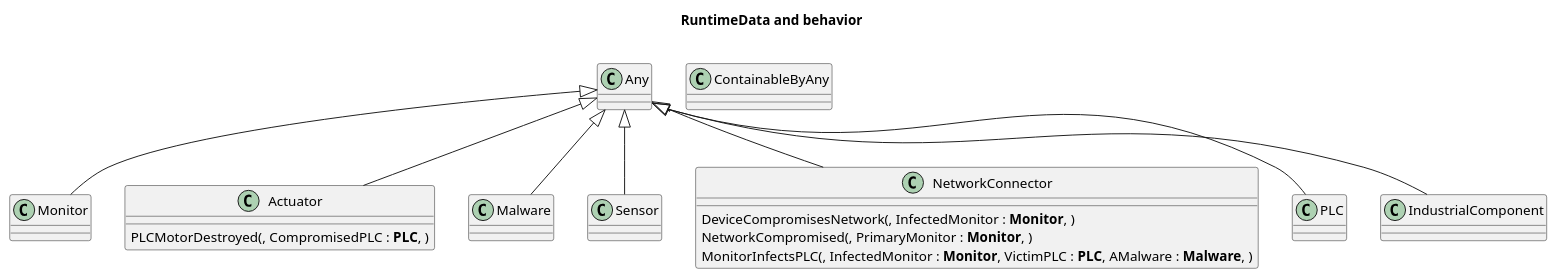
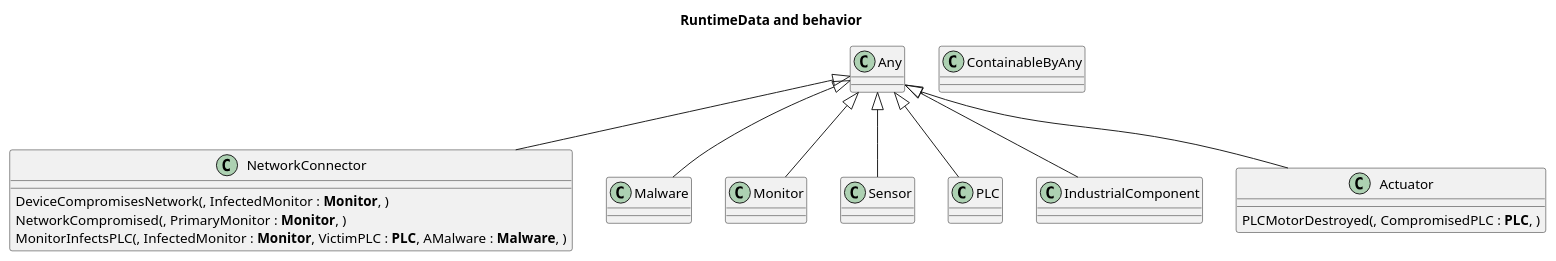
One commit to lewisccox/lc2071HonoursProject changed the diagram in doc-gen/plantuml/BehaviourDefinitions.rtd.class.plantuml. Above: the diagram before and after it, drawn with PlantUML. The commit also changed other lines of this file and 12 other files, not shown here.

Commit message:
visualisation with plantuml (partial)

```diff
--- a/doc-gen/plantuml/BehaviourDefinitions.rtd.class.plantuml
+++ b/doc-gen/plantuml/BehaviourDefinitions.rtd.class.plantuml
@@ -1,34 +1,34 @@
 @startuml
 title RuntimeData and behavior
-class Monitor  {
-}
-class Actuator  {
-	PLCMotorDestroyed(, CompromisedPLC : **PLC**, )
-}
-class Malware  {
-}
-class Sensor  {
-}
-class ContainableByAny  {
-}
 class NetworkConnector  {
 	DeviceCompromisesNetwork(, InfectedMonitor : **Monitor**, )
 	NetworkCompromised(, PrimaryMonitor : **Monitor**, )
 	MonitorInfectsPLC(, InfectedMonitor : **Monitor**, VictimPLC : **PLC**, AMalware : **Malware**, )
 }
+class Any  {
+}
+class Malware  {
+}
+class Monitor  {
+}
+class ContainableByAny  {
+}
+class Sensor  {
+}
 class PLC  {
-}
-class Any  {
 }
 class IndustrialComponent  {
 }
+class Actuator  {
+	PLCMotorDestroyed(, CompromisedPLC : **PLC**, )
+}
 
 
+NetworkConnector -up-|>  Any
+Malware -up-|>  Any
 Monitor -up-|>  Any
-Actuator -up-|>  Any
-Malware -up-|>  Any
 Sensor -up-|>  Any
-NetworkConnector -up-|>  Any
 PLC -up-|>  Any
 IndustrialComponent -up-|>  Any
+Actuator -up-|>  Any
 @enduml
```
